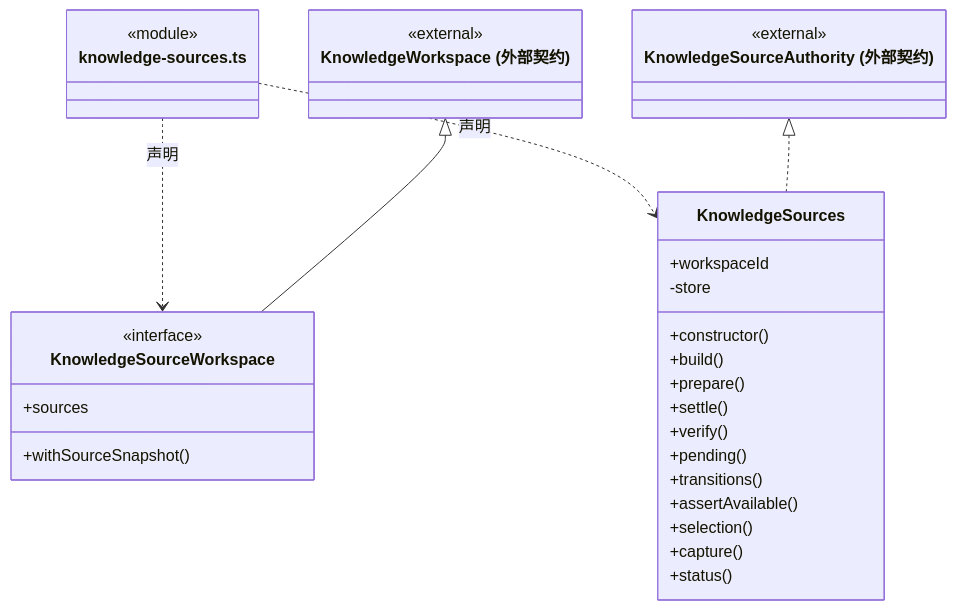
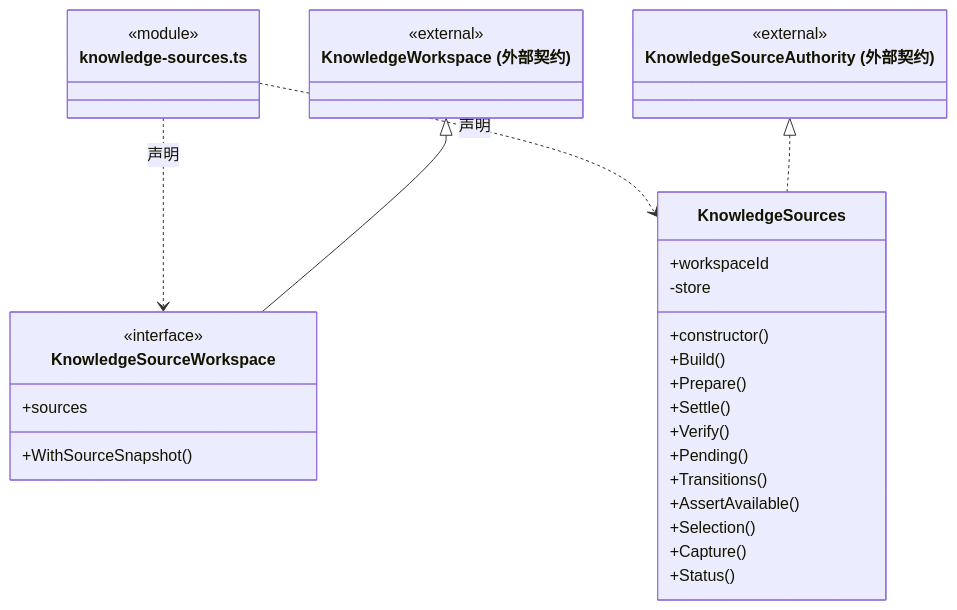
The second of 2 diagrams in src/logic/knowledge/service/ARCHITECTURE.md (nan023062/cbim), drawn with Mermaid before and after one commit. The commit also changed 1035 other files, not shown here.

````diff
--- a/src/logic/knowledge/service/ARCHITECTURE.md
+++ b/src/logic/knowledge/service/ARCHITECTURE.md
@@ -30,36 +30,36 @@
 ```mermaid
 classDiagram
 class N_src_logic_knowledge_service_knowledge_sources_ts["knowledge-sources.ts"] {
   <<module>>
 }
 class N_src_logic_knowledge_service_knowledge_sources_ts_KnowledgeSourceWorkspace["KnowledgeSourceWorkspace"] {
   <<interface>>
   +sources
-  +withSourceSnapshot()
+  +WithSourceSnapshot()
 }
 N_src_logic_knowledge_service_knowledge_sources_ts ..> N_src_logic_knowledge_service_knowledge_sources_ts_KnowledgeSourceWorkspace : 声明
 class N_src_logic_knowledge_service_knowledge_sources_ts_external_KnowledgeWorkspace["KnowledgeWorkspace (外部契约)"] {
   <<external>>
 }
 N_src_logic_knowledge_service_knowledge_sources_ts_external_KnowledgeWorkspace <|-- N_src_logic_knowledge_service_knowledge_sources_ts_KnowledgeSourceWorkspace
 class N_src_logic_knowledge_service_knowledge_sources_ts_KnowledgeSources["KnowledgeSources"] {
   +workspaceId
   +constructor()
-  +build()
-  +prepare()
-  +settle()
-  +verify()
-  +pending()
-  +transitions()
-  +assertAvailable()
-  +selection()
-  +capture()
-  +status()
+  +Build()
+  +Prepare()
+  +Settle()
+  +Verify()
+  +Pending()
+  +Transitions()
+  +AssertAvailable()
+  +Selection()
+  +Capture()
+  +Status()
   -store
 }
 N_src_logic_knowledge_service_knowledge_sources_ts ..> N_src_logic_knowledge_service_knowledge_sources_ts_KnowledgeSources : 声明
 class N_src_logic_knowledge_service_knowledge_sources_ts_external_KnowledgeSourceAuthority["KnowledgeSourceAuthority (外部契约)"] {
   <<external>>
 }
 N_src_logic_knowledge_service_knowledge_sources_ts_external_KnowledgeSourceAuthority <|.. N_src_logic_knowledge_service_knowledge_sources_ts_KnowledgeSources
 ```
````
